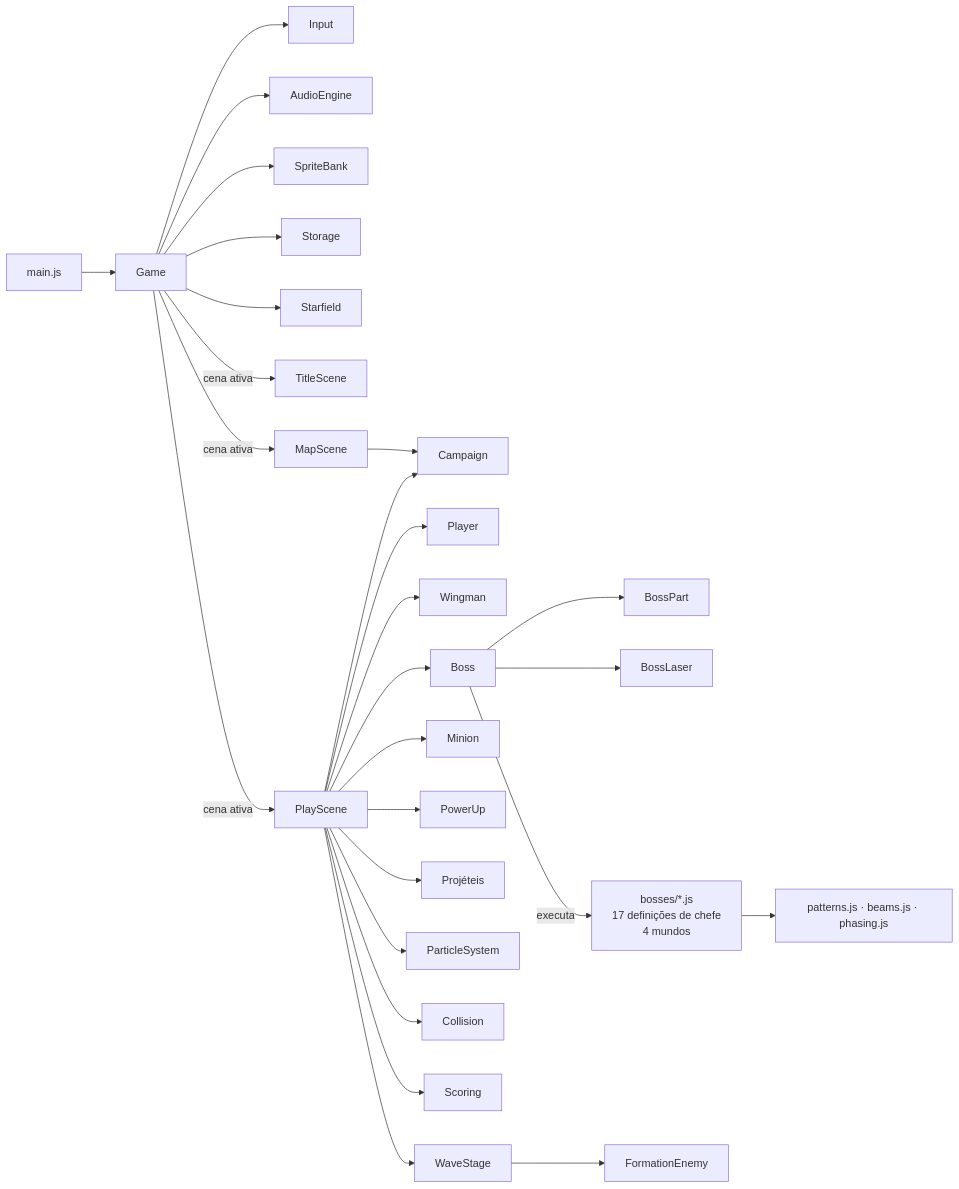
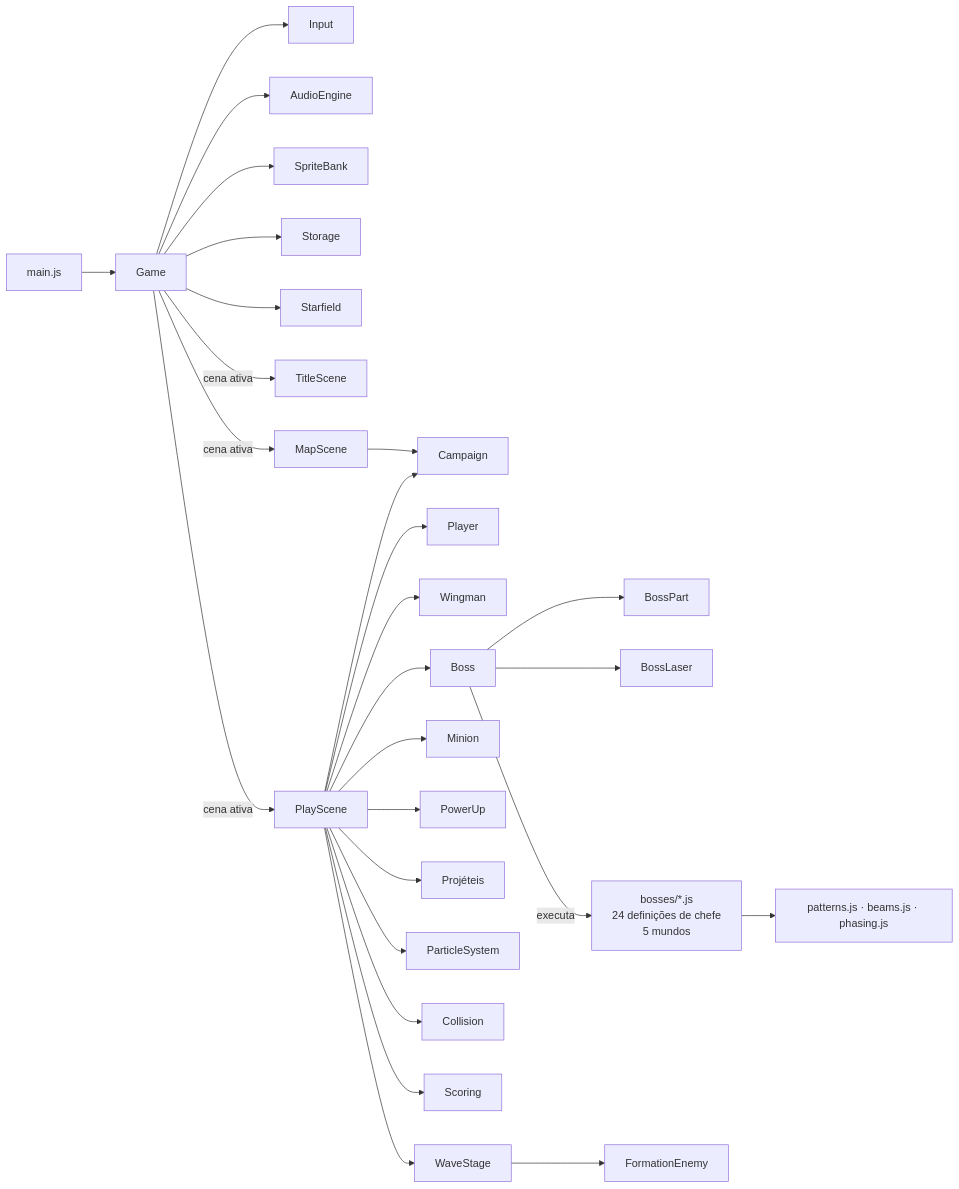
Before and after one commit to n4nd00o/nebula-titan: the diagram in README.md, drawn with Mermaid. The commit also changed other lines of this file and 41 other files, not shown here.

````diff
--- a/README.md
+++ b/README.md
@@ -273,16 +291,16 @@
 ```mermaid
 flowchart LR
     main[main.js] --> Game
     Game --> Input & AudioEngine & SpriteBank & Storage & Starfield
     Game -->|cena ativa| TitleScene
     Game -->|cena ativa| MapScene
     Game -->|cena ativa| PlayScene
     MapScene --> Campaign
     PlayScene --> Campaign
     PlayScene --> Player & Wingman & Boss & Minion & PowerUp & Projeteis[Projéteis]
     PlayScene --> ParticleSystem & Collision & Scoring
     Boss --> BossPart & BossLaser
     PlayScene --> WaveStage --> FormationEnemy
-    Boss -->|executa| Defs[bosses/*.js<br/>17 definições de chefe<br/>4 mundos]
+    Boss -->|executa| Defs[bosses/*.js<br/>24 definições de chefe<br/>5 mundos]
     Defs --> patterns[patterns.js · beams.js · phasing.js]
 ```
````
